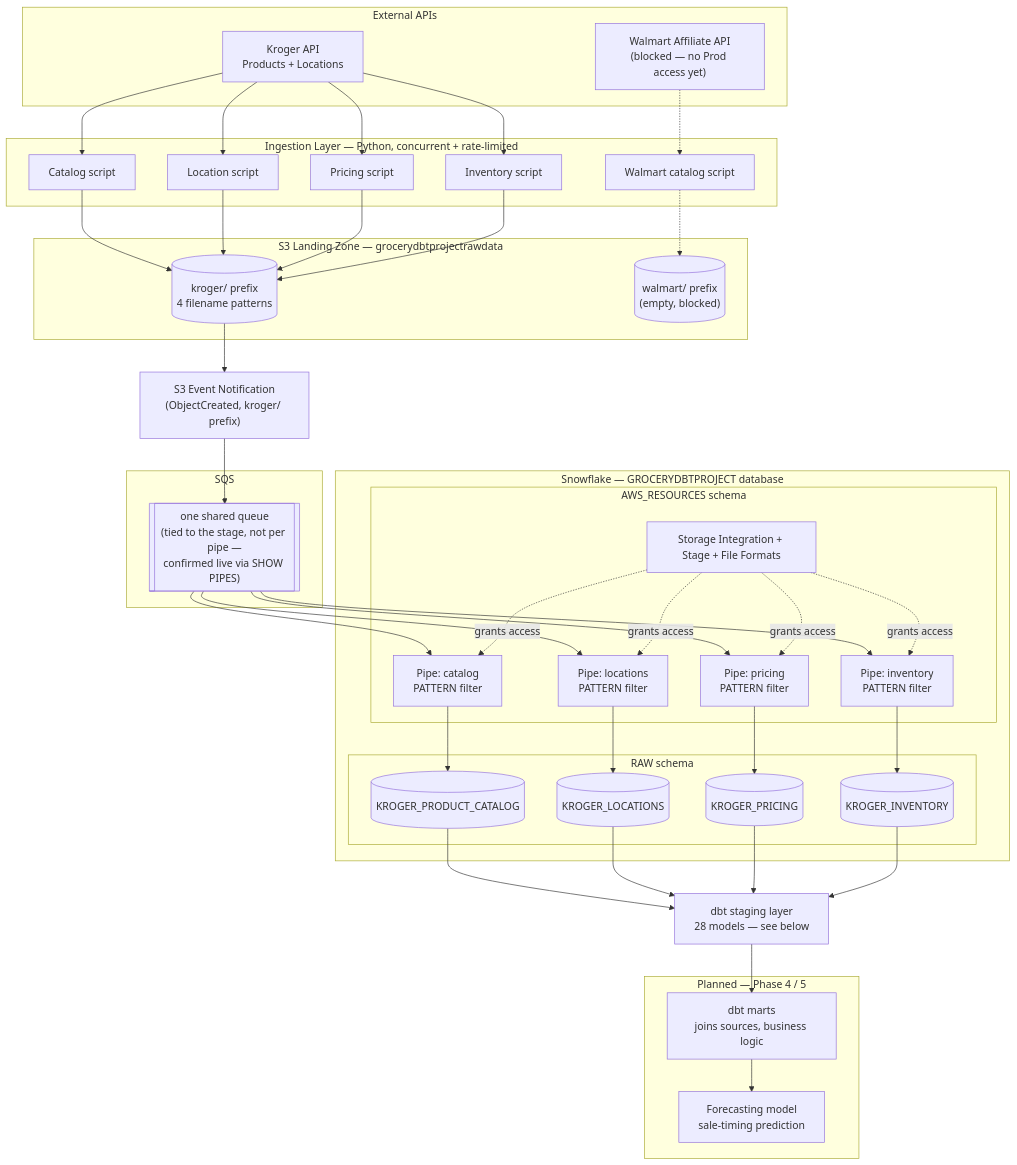
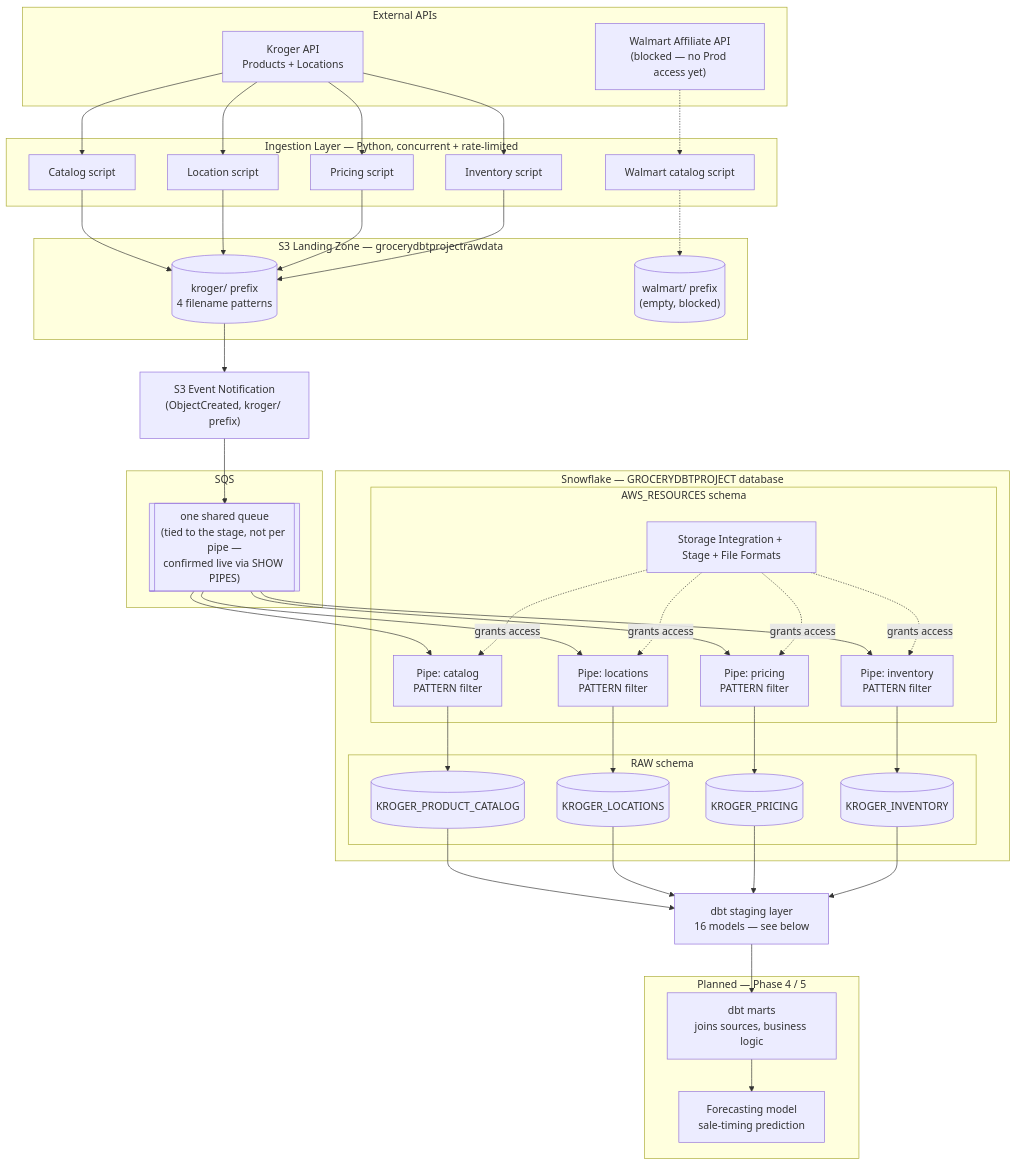
One commit to jdsmithwes/GroceryPriceProjectDBT changed the first of 3 diagrams in Project Architecture.md. Above: the diagram before and after it, drawn with Mermaid. The commit also changed other lines of this file and 33 other files, not shown here.

Commit message:
combined staging models to reduce count to 16 from 28

````diff
--- a/Project Architecture.md
+++ b/Project Architecture.md
@@ -7,75 +7,75 @@
 ```mermaid
 flowchart TD
     subgraph EXT["External APIs"]
         KAPI["Kroger API<br/>Products + Locations"]
         WAPI["Walmart Affiliate API<br/>(blocked — no Prod access yet)"]
     end
 
     subgraph ING["Ingestion Layer — Python, concurrent + rate-limited"]
         KCAT["Catalog script"]
         KLOC["Location script"]
         KPRC["Pricing script"]
         KINV["Inventory script"]
         WCAT["Walmart catalog script"]
     end
 
     subgraph S3["S3 Landing Zone — grocerydbtprojectrawdata"]
         S3K[("kroger/ prefix<br/>4 filename patterns")]
         S3W[("walmart/ prefix<br/>(empty, blocked)")]
     end
 
     EVTNOTE["S3 Event Notification<br/>(ObjectCreated, kroger/ prefix)"]
 
     subgraph QUEUES["SQS"]
         Q1[["one shared queue<br/>(tied to the stage, not per pipe —<br/>confirmed live via SHOW PIPES)"]]
     end
 
     subgraph SF["Snowflake — GROCERYDBTPROJECT database"]
         subgraph AWSRES["AWS_RESOURCES schema"]
             SI["Storage Integration + Stage + File Formats"]
             P1["Pipe: catalog<br/>PATTERN filter"]
             P2["Pipe: locations<br/>PATTERN filter"]
             P3["Pipe: pricing<br/>PATTERN filter"]
             P4["Pipe: inventory<br/>PATTERN filter"]
         end
         subgraph RAWS["RAW schema"]
             T1[("KROGER_PRODUCT_CATALOG")]
             T2[("KROGER_LOCATIONS")]
             T3[("KROGER_PRICING")]
             T4[("KROGER_INVENTORY")]
         end
     end
 
-    DBT["dbt staging layer<br/>28 models — see below"]
+    DBT["dbt staging layer<br/>16 models — see below"]
 
     subgraph FUTURE["Planned — Phase 4 / 5"]
         MARTS["dbt marts<br/>joins sources, business logic"]
         ML["Forecasting model<br/>sale-timing prediction"]
     end
 
     KAPI --> KCAT & KLOC & KPRC & KINV
     WAPI -.-> WCAT
     KCAT --> S3K
     KLOC --> S3K
     KPRC --> S3K
     KINV --> S3K
     WCAT -.-> S3W
 
     S3K --> EVTNOTE
     EVTNOTE --> Q1
     Q1 --> P1 & P2 & P3 & P4
     SI -. grants access .-> P1
     SI -. grants access .-> P2
     SI -. grants access .-> P3
     SI -. grants access .-> P4
     P1 --> T1
     P2 --> T2
     P3 --> T3
     P4 --> T4
 
     T1 --> DBT
     T2 --> DBT
     T3 --> DBT
     T4 --> DBT
     DBT --> MARTS --> ML
 ```
````
